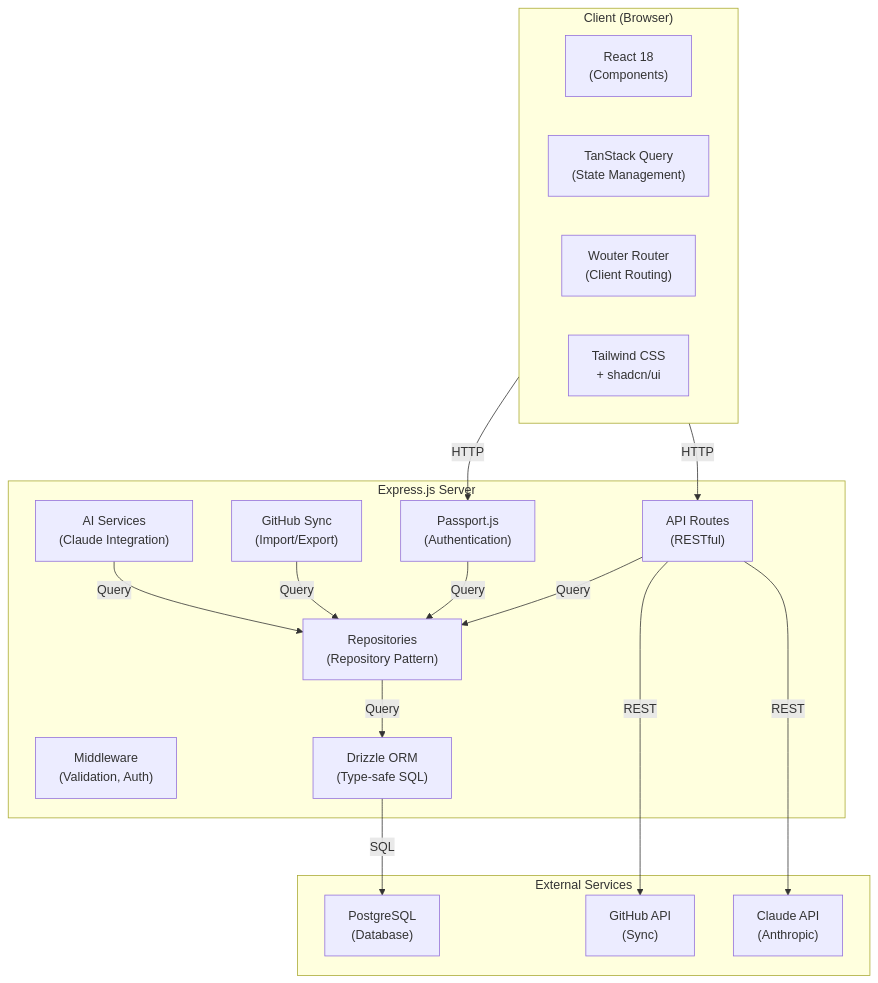
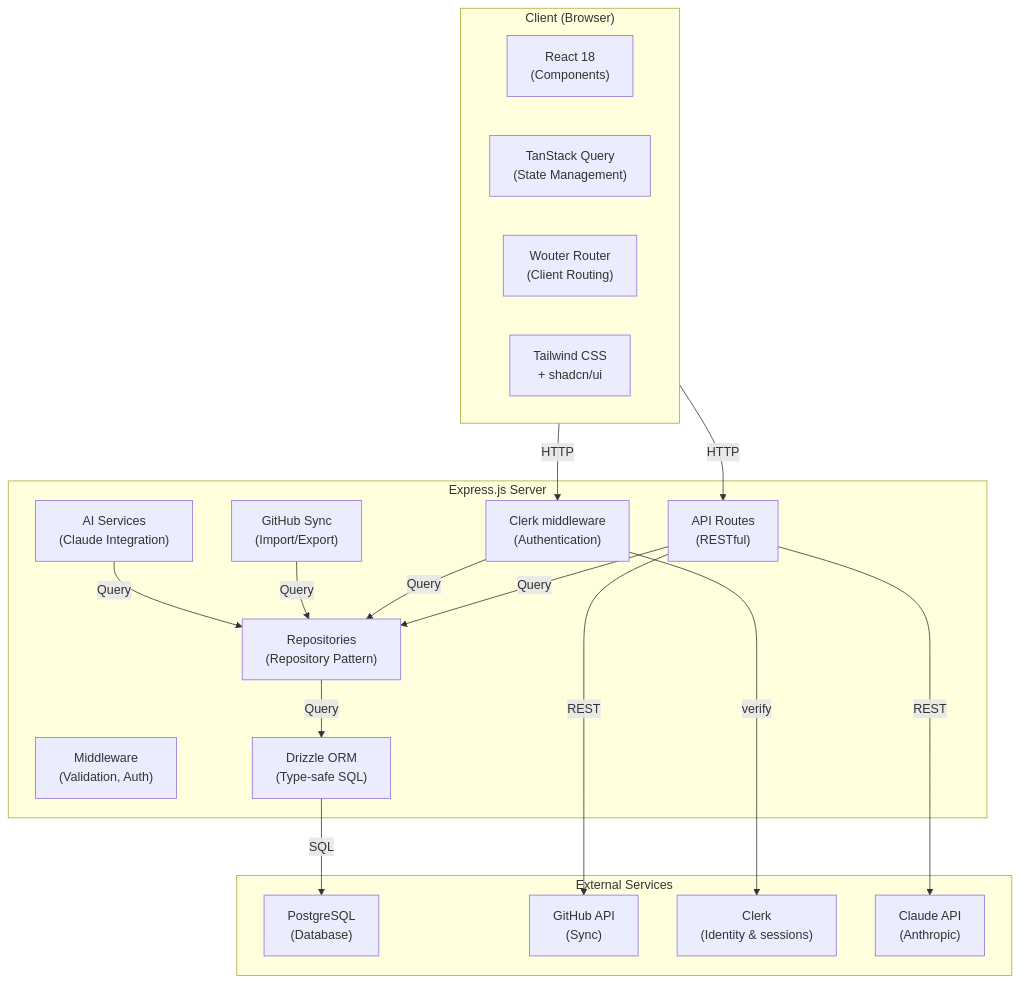
Before and after one commit to krzemienski/awesome-list-site: the first of 7 diagrams in docs/ARCHITECTURE.md, drawn with Mermaid. The commit also changed other lines of this file and 32 other files, not shown here.

````diff
--- a/docs/ARCHITECTURE.md
+++ b/docs/ARCHITECTURE.md
@@ -11,36 +11,38 @@
 ```mermaid
 graph TB
     subgraph Client["Client (Browser)"]
         React["React 18<br/>(Components)"]
         TQ["TanStack Query<br/>(State Management)"]
         Router["Wouter Router<br/>(Client Routing)"]
         UI["Tailwind CSS<br/>+ shadcn/ui"]
     end
 
     subgraph Server["Express.js Server"]
         Routes["API Routes<br/>(RESTful)"]
-        Auth["Passport.js<br/>(Authentication)"]
+        Auth["Clerk middleware<br/>(Authentication)"]
         Middleware["Middleware<br/>(Validation, Auth)"]
         Repos["Repositories<br/>(Repository Pattern)"]
         ORM["Drizzle ORM<br/>(Type-safe SQL)"]
         GitHub["GitHub Sync<br/>(Import/Export)"]
         AI["AI Services<br/>(Claude Integration)"]
     end
 
     subgraph External["External Services"]
         DB["PostgreSQL<br/>(Database)"]
         GH["GitHub API<br/>(Sync)"]
+        Clerk["Clerk<br/>(Identity & sessions)"]
         Claude["Claude API<br/>(Anthropic)"]
     end
 
     Client -->|HTTP| Routes
     Client -->|HTTP| Auth
+    Auth -->|verify| Clerk
     Routes -->|Query| Repos
     Auth -->|Query| Repos
     Repos -->|Query| ORM
     ORM -->|SQL| DB
     GitHub -->|Query| Repos
     AI -->|Query| Repos
     Routes -->|REST| GH
     Routes -->|REST| Claude
 ```
````
